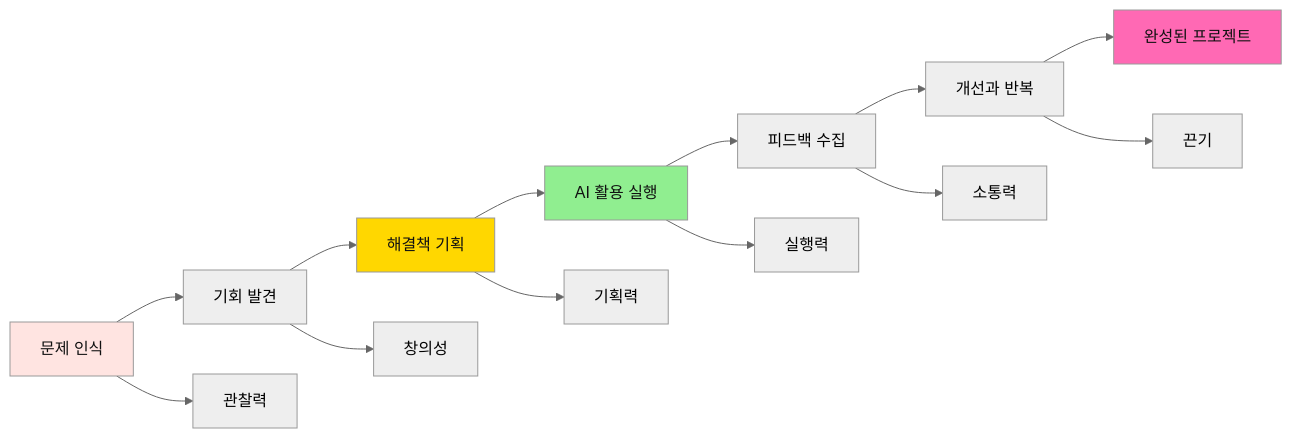
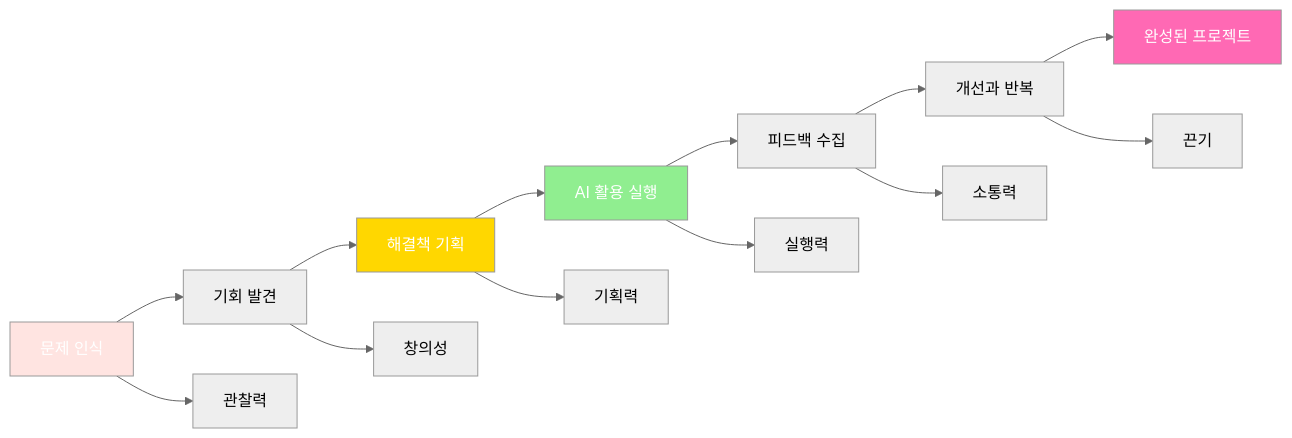
One commit to Collegenie-X/froebel changed the seventh of 22 diagrams in 2단계_유아초등교육커리큘럼.md. Above: the diagram before and after it, drawn with Mermaid (neutral theme). The commit also changed other lines of this file and 4 other files, not shown here.

````diff
--- a/2단계_유아초등교육커리큘럼.md
+++ b/2단계_유아초등교육커리큘럼.md
@@ -244,21 +244,21 @@
 ```mermaid
 graph LR
     A[문제 인식] --> B[기회 발견]
     B --> C[해결책 기획]
     C --> D[AI 활용 실행]
     D --> E[피드백 수집]
     E --> F[개선과 반복]
     F --> G[완성된 프로젝트]
     
     A --> A1[관찰력]
     B --> B1[창의성]
     C --> C1[기획력]
     D --> D1[실행력]
     E --> E1[소통력]
     F --> F1[끈기]
     
-    style A fill:#FFE4E1,color:#111
-    style C fill:#FFD700,color:#111
-    style D fill:#90EE90,color:#111
-    style G fill:#FF69B4,color:#111
+    style A fill:#FFE4E1,color:#fff
+    style C fill:#FFD700,color:#fff
+    style D fill:#90EE90,color:#fff
+    style G fill:#FF69B4,color:#fff
 ```
````
